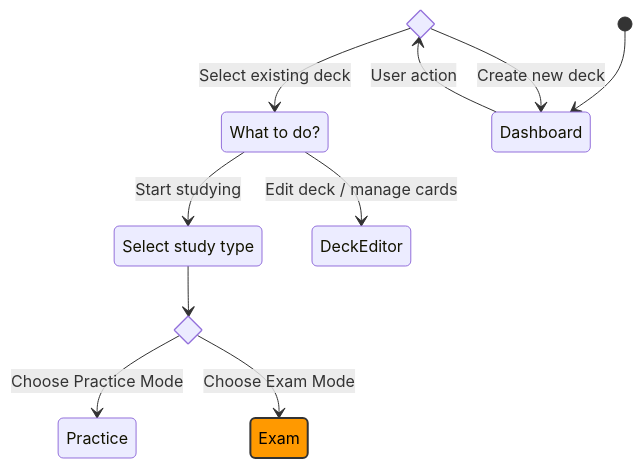
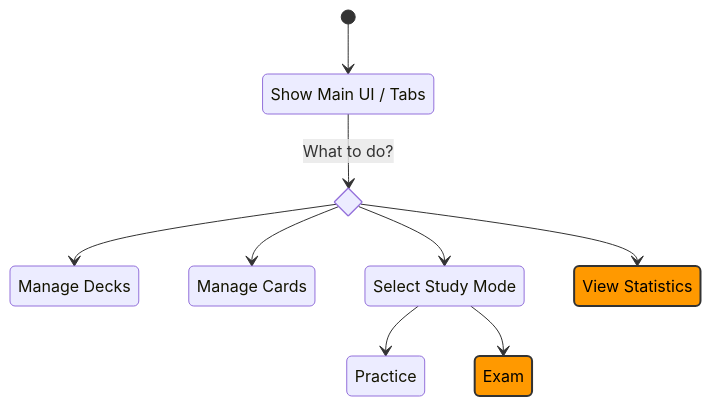
Before and after one commit to sourander/ankea: the fourth of 7 diagrams in docs/project_plan.md, drawn with Mermaid. The commit also changed other lines of this file and 3 other files, not shown here.

````diff
--- a/docs/project_plan.md
+++ b/docs/project_plan.md
@@ -111,25 +118,27 @@
 ```mermaid
 stateDiagram-v2
     classDef extension fill:#ff9900,stroke:#333,stroke-width:2px,color:black;
 
-    state main_choice <<choice>>
-    state study_choice <<choice>>
-    
-    Options: What to do?
-    StudyMode: Select study type
+    state what_to_do <<choice>>
 
     [*] --> Dashboard
     
-    Dashboard --> main_choice: User action
-    main_choice --> Dashboard: Create new deck
-    main_choice --> Options: Select existing deck
+    Dashboard: Show Main UI / Tabs
+    Dashboard --> what_to_do: What to do?
 
-    Options --> DeckEditor: Edit deck / manage cards
-    Options --> StudyMode: Start studying
+    what_to_do --> DecksTab
+    what_to_do --> CardsTab
+    what_to_do --> StudyRoom
+    what_to_do --> StatsTab
 
-    StudyMode --> study_choice
-    study_choice --> Practice: Choose Practice Mode
-    study_choice --> Exam: Choose Exam Mode
+    DecksTab: Manage Decks
+    CardsTab: Manage Cards
+    StudyRoom: Select Study Mode
+    StatsTab: View Statistics
+
+    StudyRoom --> Practice
+    StudyRoom --> Exam
 
     class Exam extension
+    class StatsTab extension
 ```
````
